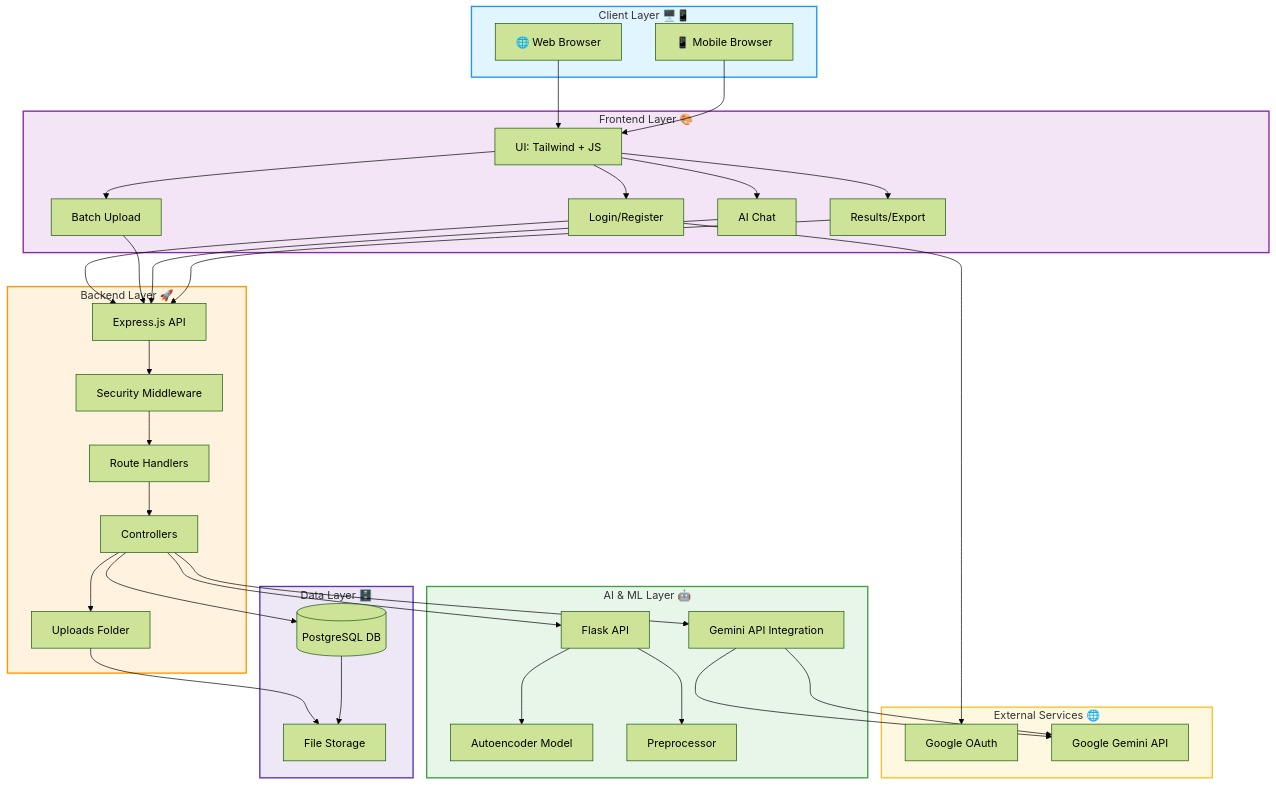
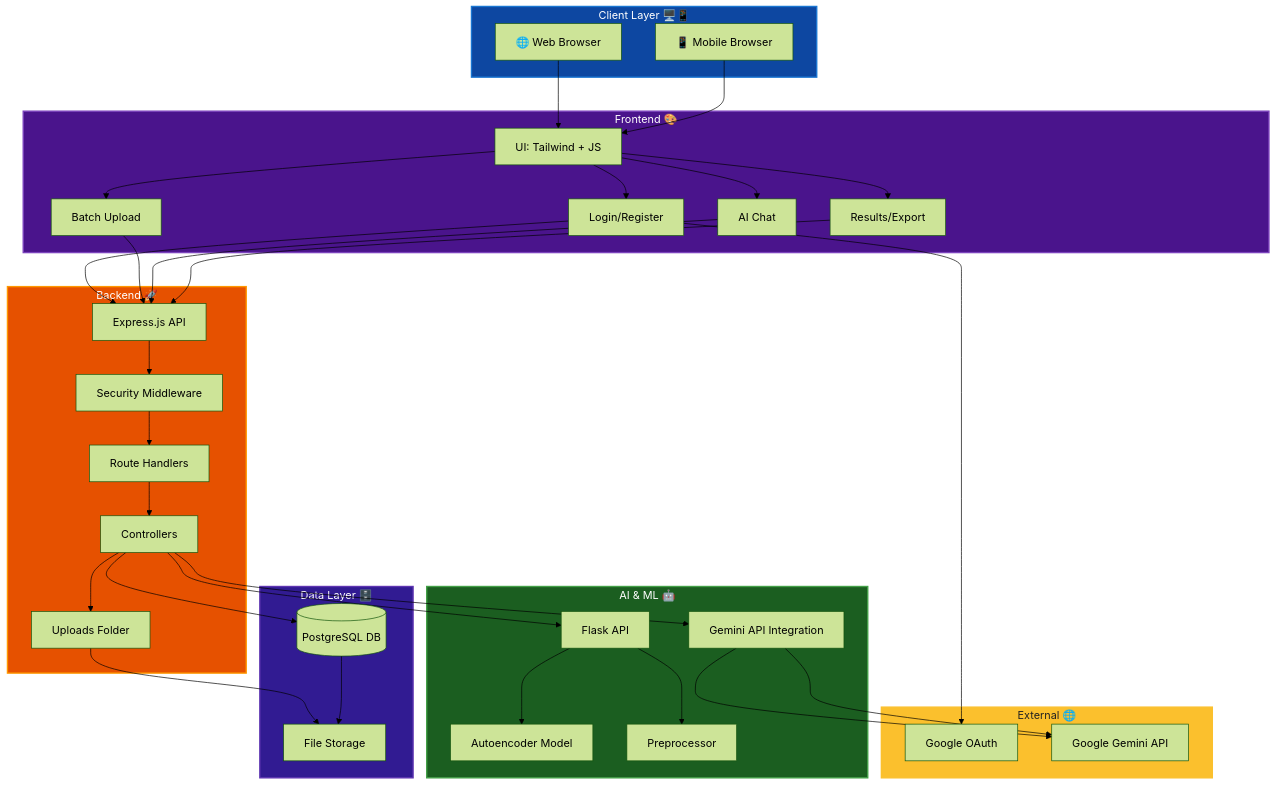
The diagram in README.md (hasibashari/fraud-detector), drawn with Mermaid (forest theme) before and after one commit. The commit also changed other lines of this file, not shown here.

Commit message:
refactor: update system architecture diagram for clarity and consistency in presentation

````diff
--- a/README.md
+++ b/README.md
@@ -69,57 +72,48 @@
 ```mermaid
-%% Improved System Architecture Diagram
 flowchart TD
     subgraph CLIENT[Client Layer 🖥️📱]
-        WEB[🌐 Web Browser]
-        MOB[📱 Mobile Browser]
+        WEB["🌐 Web Browser"]
+        MOB["📱 Mobile Browser"]
     end
-
-    subgraph FRONTEND[Frontend Layer 🎨]
-        UI[UI: Tailwind + JS]
-        AUTH[Login/Register]
-        UPLOAD[Batch Upload]
-        CHAT[AI Chat]
-        RESULTS[Results/Export]
+    subgraph FRONTEND[Frontend 🎨]
+        UI["UI: Tailwind + JS"]
+        AUTH["Login/Register"]
+        UPLOAD["Batch Upload"]
+        CHAT["AI Chat"]
+        RESULTS["Results/Export"]
     end
-
-    subgraph BACKEND[Backend Layer 🚀]
-        API[Express.js API]
-        MIDDLEWARE[Security Middleware]
-        ROUTES[Route Handlers]
-        CTRL[Controllers]
-        FILES[Uploads Folder]
+    subgraph BACKEND[Backend 🚀]
+        API["Express.js API"]
+        MIDDLEWARE["Security Middleware"]
+        ROUTES["Route Handlers"]
+        CTRL["Controllers"]
+        FILES["Uploads Folder"]
     end
-
-    subgraph AI[AI & ML Layer 🤖]
-        PYAPI[Flask API]
-        MODEL[Autoencoder Model]
-        PREPROC[Preprocessor]
-        GEMINI[Gemini API Integration]
+    subgraph AI[AI & ML 🤖]
+        PYAPI["Flask API"]
+        MODEL["Autoencoder Model"]
+        PREPROC["Preprocessor"]
+        GEMINI["Gemini API Integration"]
     end
-
     subgraph DATA[Data Layer 🗄️]
-        DB[(PostgreSQL DB)]
-        STORAGE[File Storage]
+        DB[("PostgreSQL DB")]
+        STORAGE["File Storage"]
     end
-
-    subgraph EXTERNAL[External Services 🌐]
-        GOOGLE[Google OAuth]
-        GEMINI_API[Google Gemini API]
+    subgraph EXTERNAL[External 🌐]
+        GOOGLE["Google OAuth"]
+        GEMINI_API["Google Gemini API"]
     end
-
     %% Client to Frontend
     WEB & MOB --> UI
     UI --> AUTH
     UI --> UPLOAD
     UI --> CHAT
     UI --> RESULTS
-
     %% Frontend to Backend
     AUTH --> API
     UPLOAD --> API
     CHAT --> API
     RESULTS --> API
-
     %% Backend internals
     API --> MIDDLEWARE
     MIDDLEWARE --> ROUTES
@@ -128,25 +122,27 @@
     CTRL --> FILES
     CTRL --> PYAPI
     CTRL --> GEMINI
-
     %% AI Layer
     PYAPI --> MODEL
     PYAPI --> PREPROC
     GEMINI --> GEMINI_API
-
     %% Data Layer
     FILES --> STORAGE
     DB --> STORAGE
-
     %% External
     AUTH --> GOOGLE
     GEMINI --> GEMINI_API
-
-    %% Styling
-    style CLIENT fill:#e1f5fe,stroke:#2196f3,stroke-width:2px
-    style FRONTEND fill:#f3e5f5,stroke:#8e24aa,stroke-width:2px
-    style BACKEND fill:#fff3e0,stroke:#ff9800,stroke-width:2px
-    style AI fill:#e8f5e9,stroke:#43a047,stroke-width:2px
-    style DATA fill:#ede7f6,stroke:#5e35b1,stroke-width:2px
-    style EXTERNAL fill:#fff8e1,stroke:#fbc02d,stroke-width:2px
+    %% Styling for dark/light mode
+    classDef client fill:#0d47a1,color:#fff,stroke:#1976d2,stroke-width:2px;
+    classDef frontend fill:#4a148c,color:#fff,stroke:#7c43bd,stroke-width:2px;
+    classDef backend fill:#e65100,color:#fff,stroke:#ff9800,stroke-width:2px;
+    classDef ai fill:#1b5e20,color:#fff,stroke:#43a047,stroke-width:2px;
+    classDef data fill:#311b92,color:#fff,stroke:#5e35b1,stroke-width:2px;
+    classDef external fill:#fbc02d,color:#222,stroke:#fbc02d,stroke-width:2px;
+    class CLIENT client;
+    class FRONTEND frontend;
+    class BACKEND backend;
+    class AI ai;
+    class DATA data;
+    class EXTERNAL external;
 ```
````
